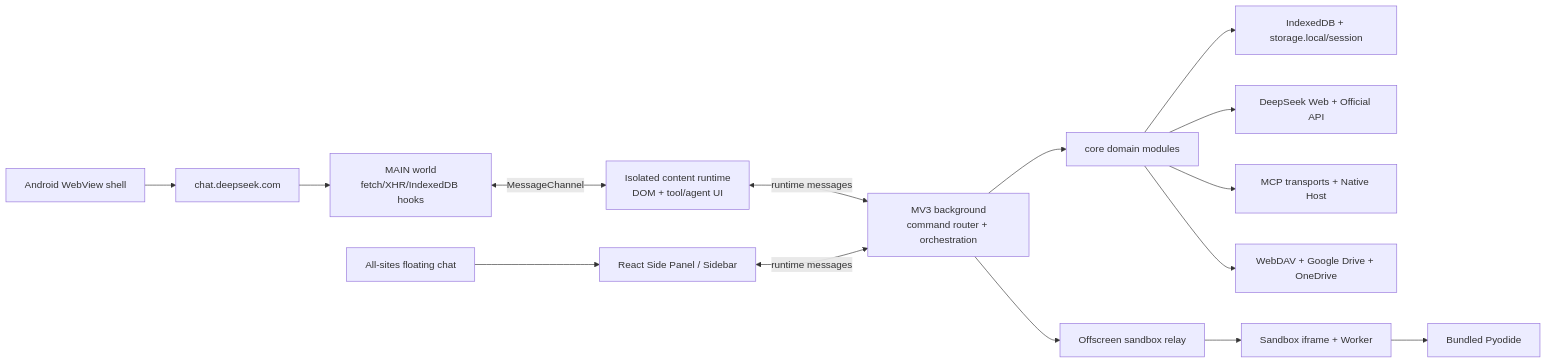
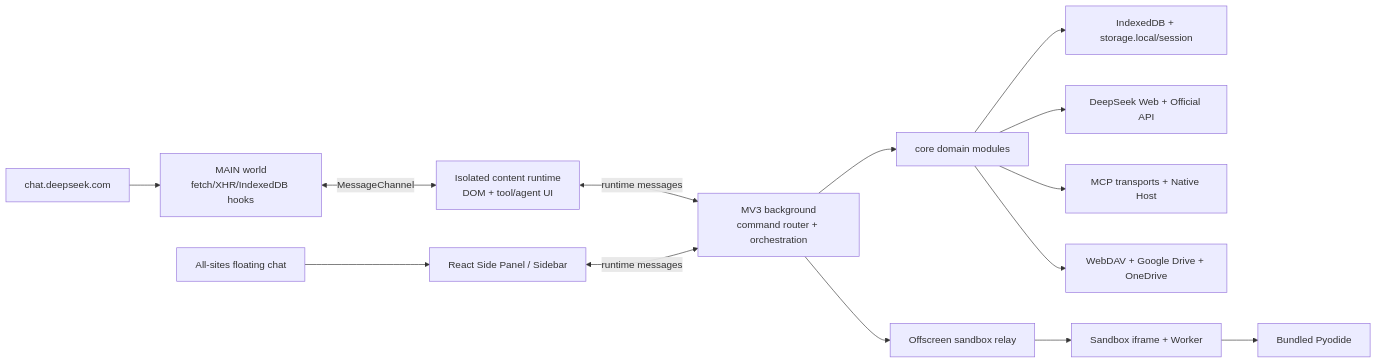
One commit to zhu1090093659/deepseek-pp changed the diagram in docs/analysis/project-overview.md. Above: the diagram before and after it, drawn with Mermaid. The commit also changed other lines of this file and 48 other files, not shown here.

````diff
--- a/docs/analysis/project-overview.md
+++ b/docs/analysis/project-overview.md
@@ -40,17 +42,16 @@
 ```mermaid
 flowchart LR
     Page["chat.deepseek.com"] --> Main["MAIN world\nfetch/XHR/IndexedDB hooks"]
     Main <--> |"MessageChannel"| Content["Isolated content runtime\nDOM + tool/agent UI"]
     Content <--> |"runtime messages"| BG["MV3 background\ncommand router + orchestration"]
     Side["React Side Panel / Sidebar"] <--> |"runtime messages"| BG
     Floating["All-sites floating chat"] --> Side
     BG --> Core["core domain modules"]
     Core --> Local["IndexedDB + storage.local/session"]
     Core --> DeepSeek["DeepSeek Web + Official API"]
     Core --> MCP["MCP transports + Native Host"]
     Core --> Sync["WebDAV + Google Drive + OneDrive"]
     BG --> Offscreen["Offscreen sandbox relay"]
     Offscreen --> Runner["Sandbox iframe + Worker"]
     Runner --> Pyodide["Bundled Pyodide"]
-    Android["Android WebView shell"] --> Page
 ```
````
